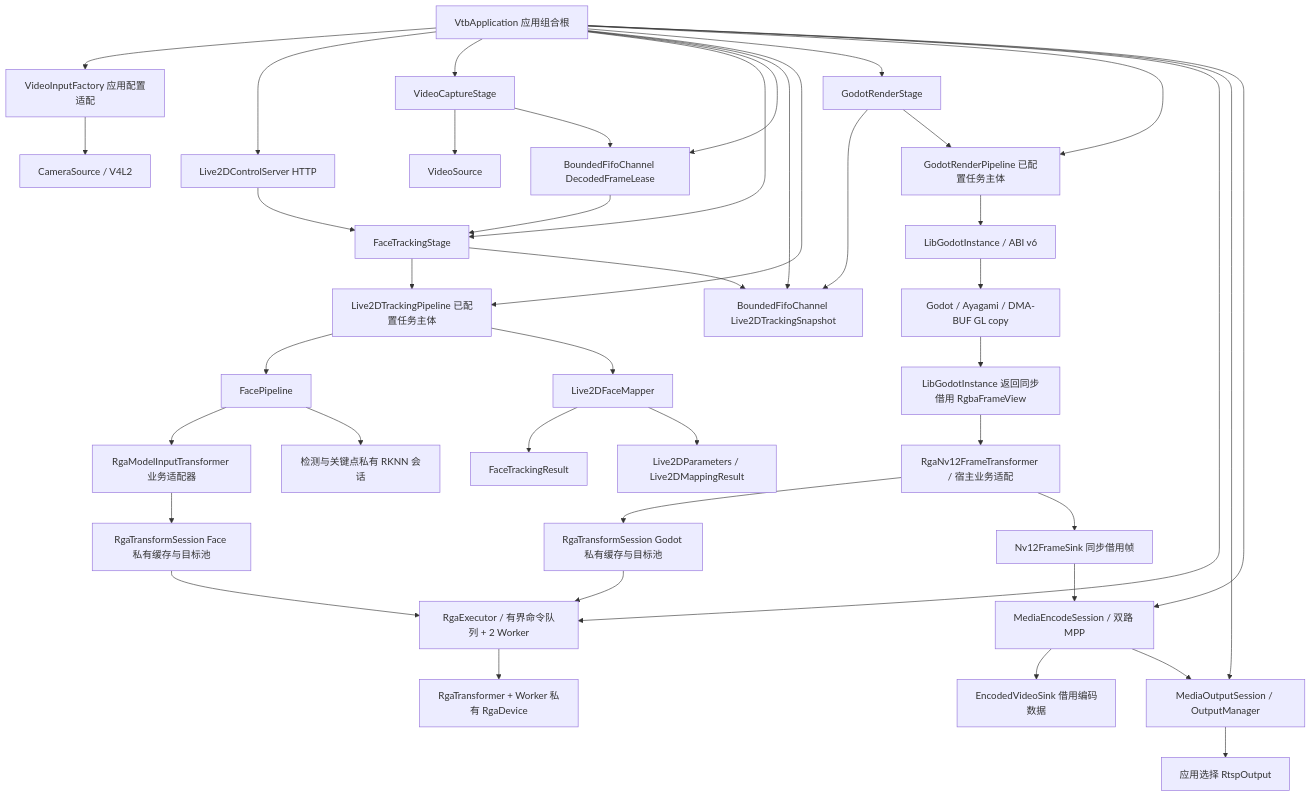
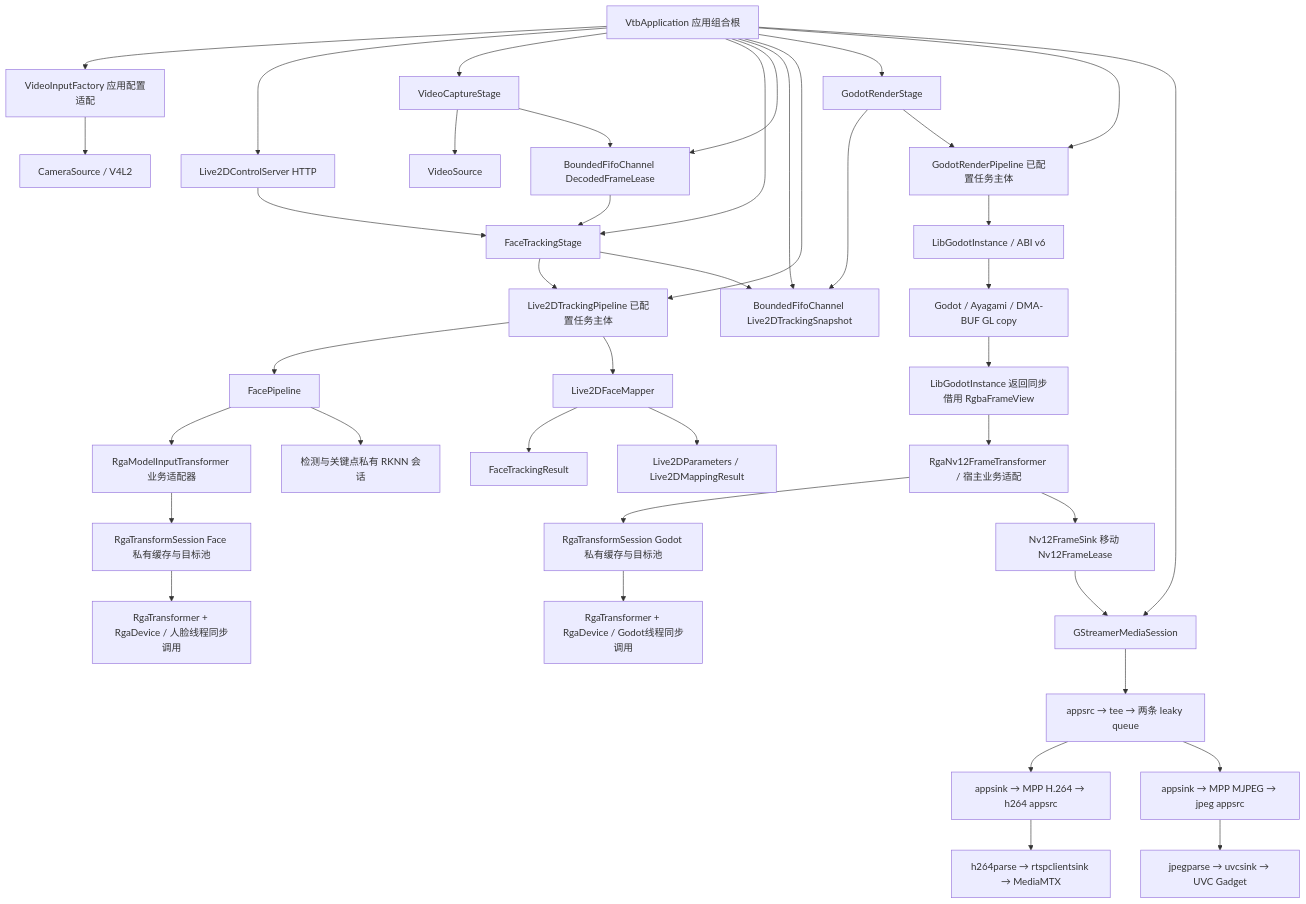
Before and after one commit to ytnxneydhsx/VTB: the diagram in docs/module-boundaries.md, drawn with Mermaid. The commit also changed other lines of this file and 10 other files, not shown here.

Commit message:
docs(architecture): describe GStreamer dual output

````diff
--- a/docs/module-boundaries.md
+++ b/docs/module-boundaries.md
@@ -22,44 +22,43 @@
 ```mermaid
 flowchart TB
     App[VtbApplication 应用组合根] --> Factory[VideoInputFactory 应用配置适配]
     Factory --> Capture[CameraSource / V4L2]
     App --> Control[Live2DControlServer HTTP]
     App --> CaptureStage[VideoCaptureStage]
     App --> FaceStage[FaceTrackingStage]
     App --> FrameChannel[BoundedFifoChannel DecodedFrameLease]
     App --> TrackingChannel[BoundedFifoChannel Live2DTrackingSnapshot]
     Control --> FaceStage
     CaptureStage --> Video[VideoSource]
     CaptureStage --> FrameChannel
     FrameChannel --> FaceStage
     App --> TrackingPipeline[Live2DTrackingPipeline 已配置任务主体]
     FaceStage --> TrackingPipeline
     TrackingPipeline --> Face[FacePipeline]
     Face --> RgaAdapter[RgaModelInputTransformer 业务适配器]
     RgaAdapter --> FaceSession[RgaTransformSession Face 私有缓存与目标池]
     Face --> RknnSessions[检测与关键点私有 RKNN 会话]
     TrackingPipeline --> Mapper[Live2DFaceMapper]
     FaceStage --> TrackingChannel
     Mapper --> FaceData[FaceTrackingResult]
     Mapper --> Values[Live2DParameters / Live2DMappingResult]
     App --> GodotStage[GodotRenderStage]
     App --> GodotPipeline[GodotRenderPipeline 已配置任务主体]
     GodotStage --> TrackingChannel
     GodotStage --> GodotPipeline
     GodotPipeline --> Godot[LibGodotInstance / ABI v6]
     Godot --> Render[Godot / Ayagami / DMA-BUF GL copy]
     Render --> RgbaView[LibGodotInstance 返回同步借用 RgbaFrameView]
     RgbaView --> Rga[RgaNv12FrameTransformer / 宿主业务适配]
     Rga --> GodotSession[RgaTransformSession Godot 私有缓存与目标池]
-    App --> Executor[RgaExecutor / 有界命令队列 + 2 Worker]
-    FaceSession --> Executor
-    GodotSession --> Executor
-    Executor --> Workers[RgaTransformer + Worker 私有 RgaDevice]
-    Rga --> Nv12Sink[Nv12FrameSink 同步借用帧]
-    Nv12Sink --> Encode[MediaEncodeSession / 双路 MPP]
-    Encode --> EncodedSink[EncodedVideoSink 借用编码数据]
-    App --> Output[MediaOutputSession / OutputManager]
-    App --> Encode
-    Encode --> Output
-    Output --> Protocol[应用选择 RtspOutput]
+    FaceSession --> FaceRga[RgaTransformer + RgaDevice / 人脸线程同步调用]
+    GodotSession --> GodotRga[RgaTransformer + RgaDevice / Godot线程同步调用]
+    Rga --> Nv12Sink[Nv12FrameSink 移动 Nv12FrameLease]
+    App --> Media[GStreamerMediaSession]
+    Nv12Sink --> Media
+    Media --> GstRaw[appsrc → tee → 两条 leaky queue]
+    GstRaw --> H264[appsink → MPP H.264 → h264 appsrc]
+    GstRaw --> Mjpeg[appsink → MPP MJPEG → jpeg appsrc]
+    H264 --> Network[h264parse → rtspclientsink → MediaMTX]
+    Mjpeg --> Uvc[jpegparse → uvcsink → UVC Gadget]
 ```
````
